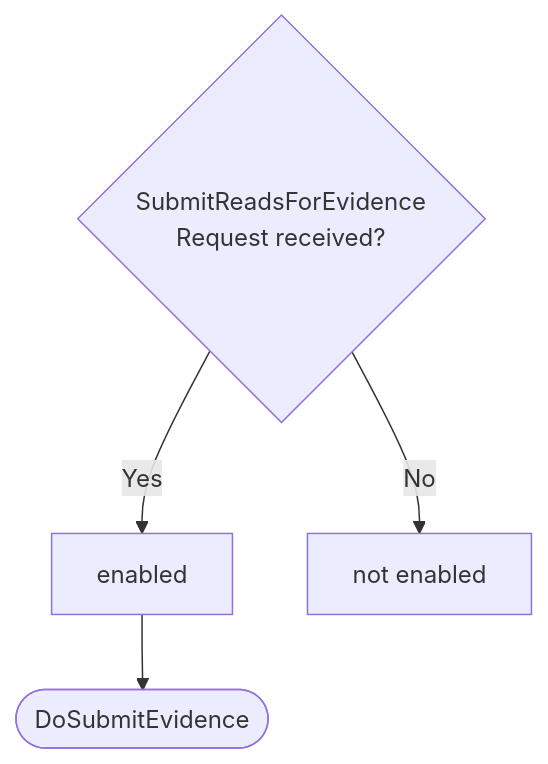
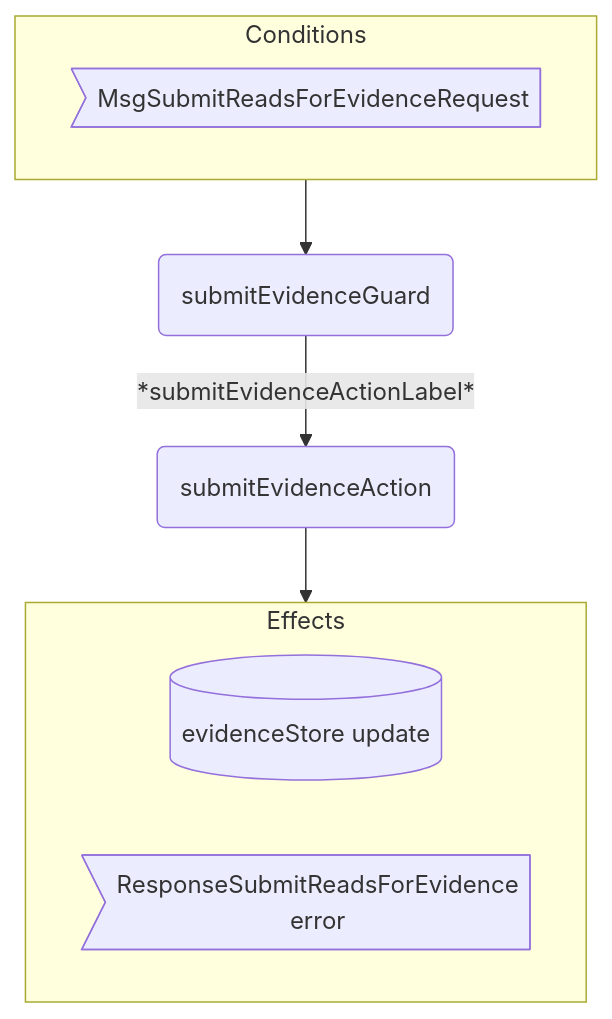
Before and after one commit to anoma/nspec: the second of 3 diagrams in docs/arch/node/engines/reads_for_behaviour.juvix.md, drawn with Mermaid. The commit also changed other lines of this file and 3 other files, not shown here.

````diff
--- a/docs/arch/node/engines/reads_for_behaviour.juvix.md
+++ b/docs/arch/node/engines/reads_for_behaviour.juvix.md
@@ -218,7 +510,16 @@
 ```mermaid
 flowchart TD
-    C{SubmitReadsForEvidence<br>Request received?}
-    C -->|Yes| D[enabled]
-    C -->|No| E[not enabled]
-    D --> F([DoSubmitEvidence])
+  subgraph C[Conditions]
+    CMsg>MsgSubmitReadsForEvidenceRequest]
+  end
+
+  G(submitEvidenceGuard)
+  A(submitEvidenceAction)
+
+  C --> G -- *submitEvidenceActionLabel* --> A --> E
+
+  subgraph E[Effects]
+    EEnv[(evidenceStore update)]
+    EMsg>ResponseSubmitReadsForEvidence<br/>error]
+  end
 ```
````
